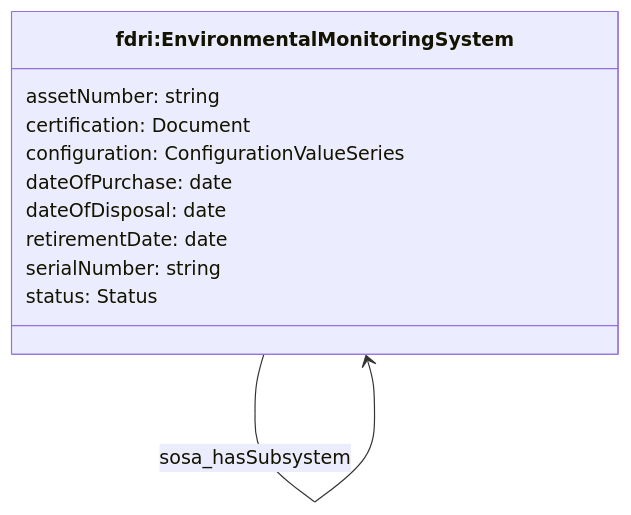
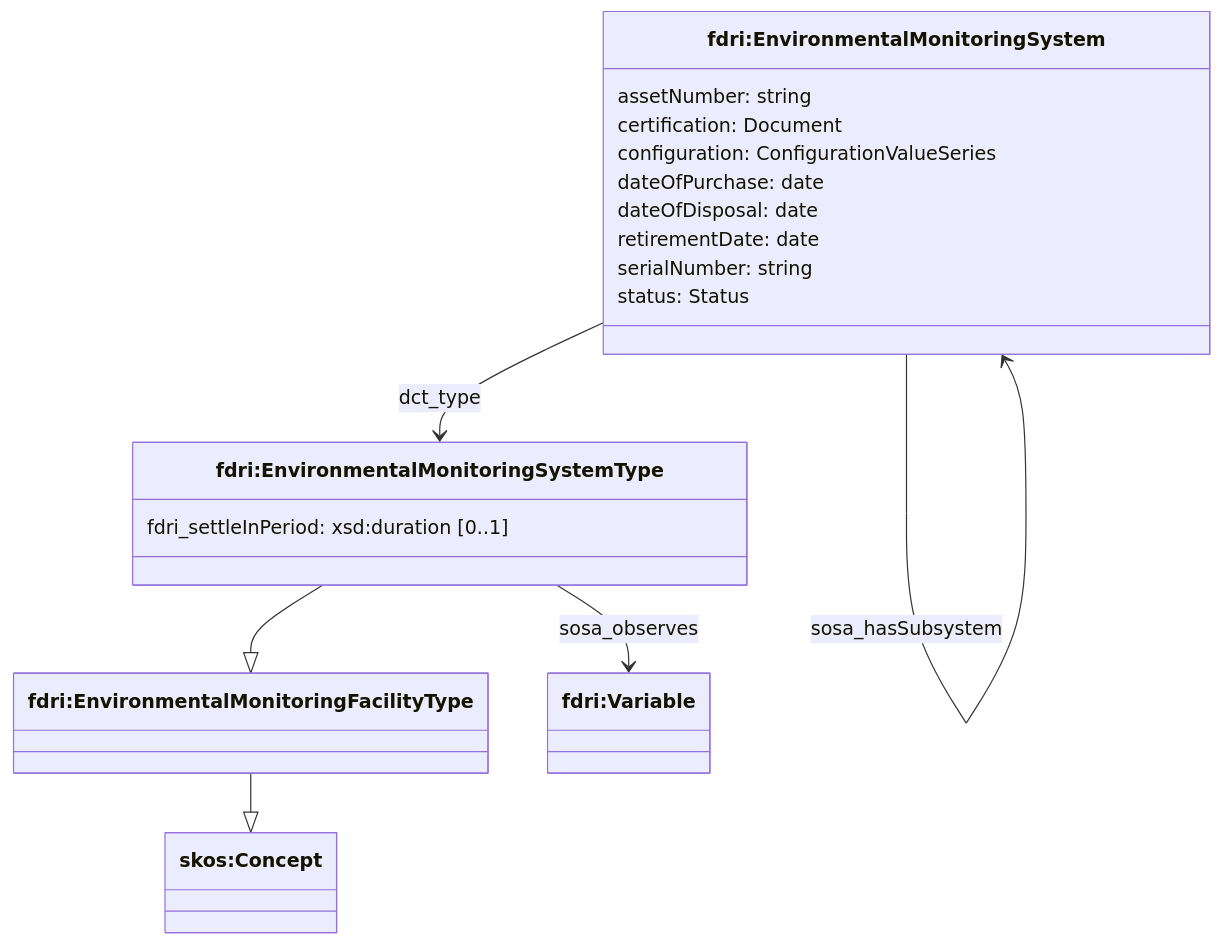
One commit to NERC-CEH/fdri-ontology changed the fifth of 8 diagrams in doc/emf.md. Above: the diagram before and after it, drawn with Mermaid. The commit also changed other lines of this file, not shown here.

Commit message:
Add documentation of EMSystemType including settleInPeriod (#9)

````diff
--- a/doc/emf.md
+++ b/doc/emf.md
@@ -180,15 +180,25 @@
 ```mermaid
 classDiagram
 class System["fdri:EnvironmentalMonitoringSystem"] {
   assetNumber: string
   certification: Document
   configuration: ConfigurationValueSeries
   dateOfPurchase: date
   dateOfDisposal: date
   retirementDate: date
   serialNumber: string
   status: Status
 
   }
+class EMFType["fdri:EnvironmentalMonitoringFacilityType"]
+class SystemType["fdri:EnvironmentalMonitoringSystemType"] {
+  fdri_settleInPeriod: xsd:duration [0..1]
+}
+class Concept["skos:Concept"]
+class Variable["fdri:Variable"]
 System --> System: sosa_hasSubsystem
+System --> SystemType: dct_type
+SystemType --> Variable: sosa_observes
+SystemType --|> EMFType
+EMFType --|> Concept
 ```
````
